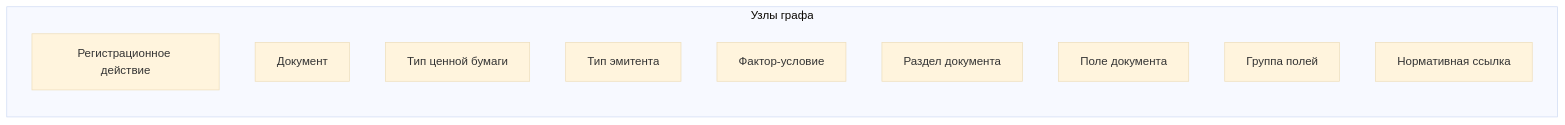
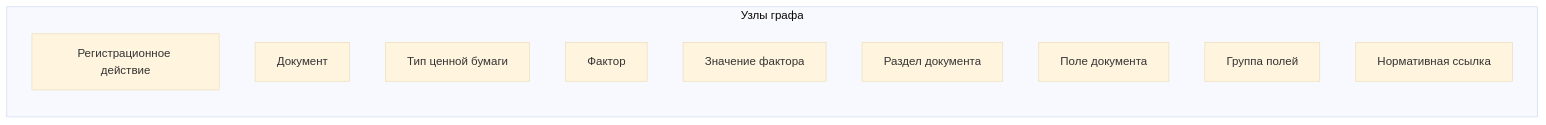
The first of 4 diagrams in 00_docs/specs/task_specification.md (Dieugene/graph-parsing-706), drawn with Mermaid (base theme) before and after one commit. The commit also changed other lines of this file, not shown here.

Commit message:
Update task specification: add action hierarchy, FZ question backlog, refine graph architecture

````diff
--- a/00_docs/specs/task_specification.md
+++ b/00_docs/specs/task_specification.md
@@ -50,14 +66,14 @@
 ```mermaid
 graph LR
     subgraph "Узлы графа"
         RT[Регистрационное действие]
         DOC[Документ]
         SEC[Тип ценной бумаги]
-        ISS[Тип эмитента]
-        COND[Фактор-условие]
+        FACT[Фактор]
+        FVAL[Значение фактора]
         SECT[Раздел документа]
         FLD[Поле документа]
         FGRP[Группа полей]
         REF[Нормативная ссылка]
     end
 ```
````
